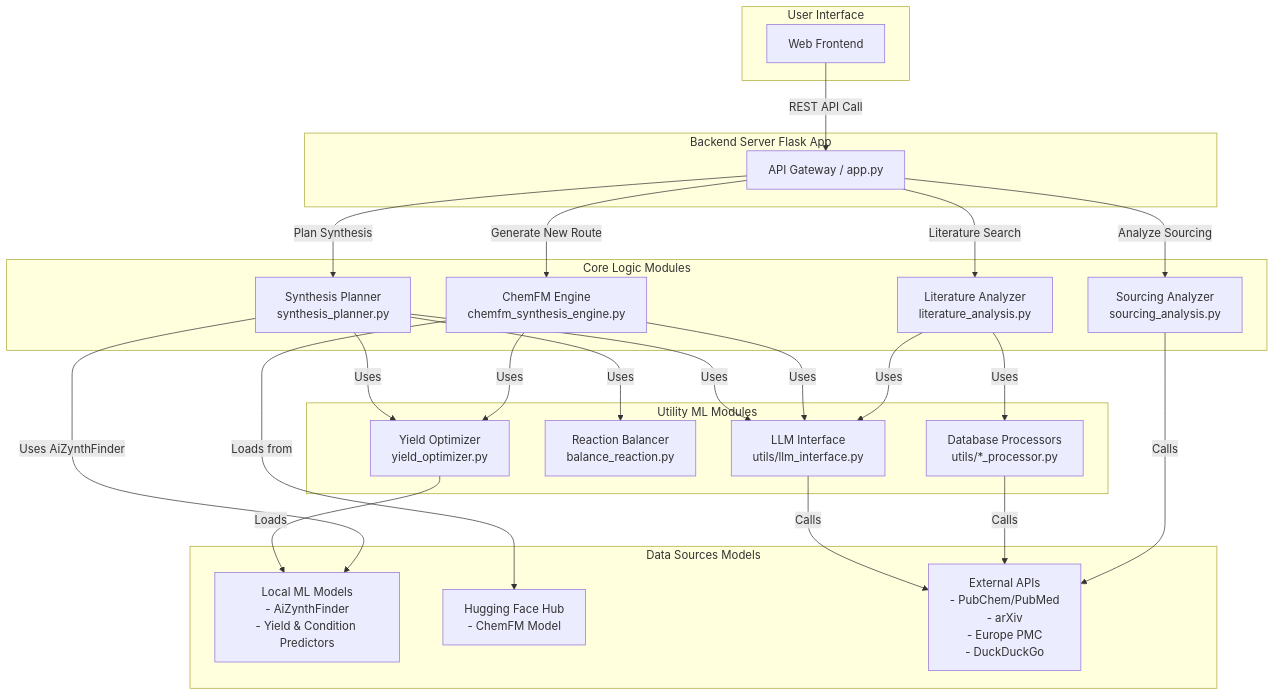
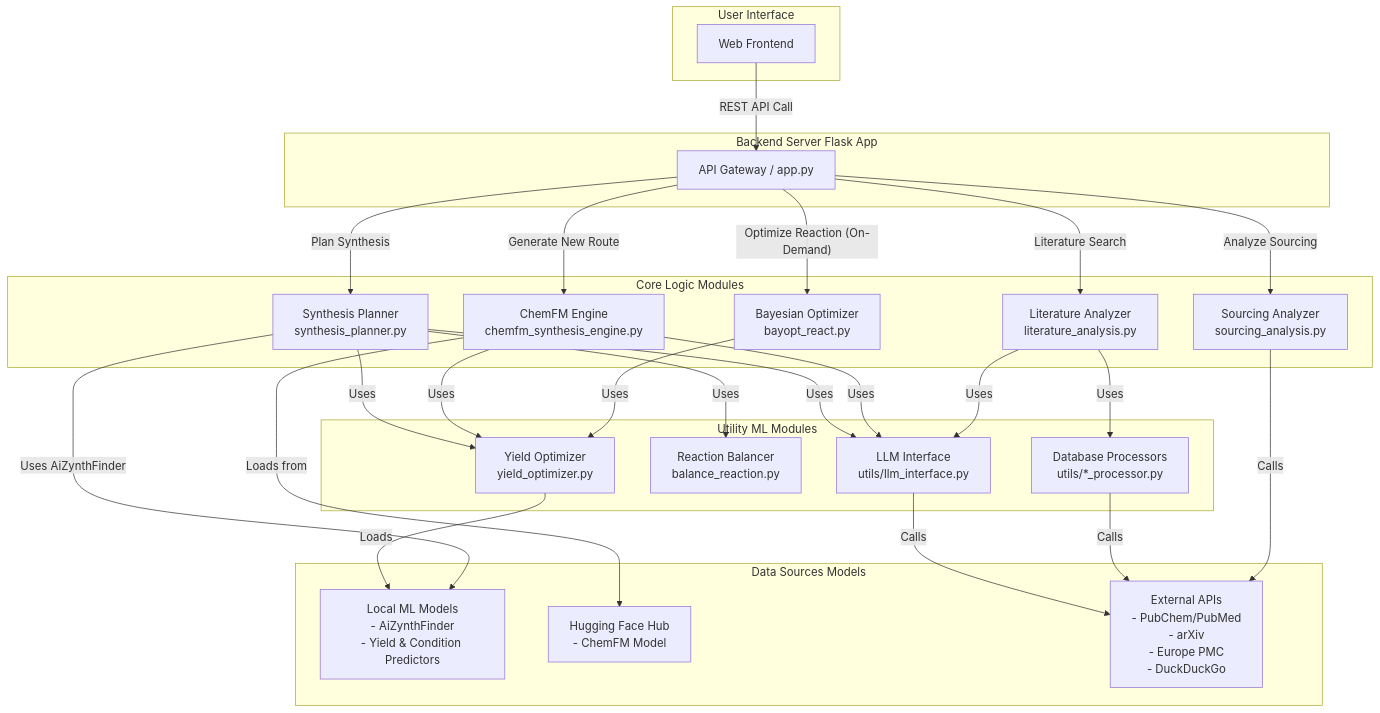
Before and after one commit to anushtup-nandy/Chemsynth: the diagram in README.md, drawn with Mermaid. The commit also changed other lines of this file and 1 other file, not shown here.

Commit message:
[UPDATE] added bayesian opt to chemfm synthesis and updated readme

````diff
--- a/README.md
+++ b/README.md
@@ -68,44 +69,47 @@
 ```mermaid
 graph TD
     subgraph User Interface
         A[Web Frontend]
     end
     subgraph Backend Server Flask App
         B[API Gateway / app.py]
     end
     subgraph Core Logic Modules
         C[Synthesis Planner<br/>synthesis_planner.py]
         D[ChemFM Engine<br/>chemfm_synthesis_engine.py]
         E[Literature Analyzer<br/>literature_analysis.py]
         F[Sourcing Analyzer<br/>sourcing_analysis.py]
+        BO[Bayesian Optimizer<br/>bayopt_react.py]
     end
     subgraph Utility ML Modules
         G[Yield Optimizer<br/>yield_optimizer.py]
         H[Reaction Balancer<br/>balance_reaction.py]
         I[LLM Interface<br/>utils/llm_interface.py]
         J[Database Processors<br/>utils/*_processor.py]
     end
     subgraph Data Sources Models
         K[Local ML Models<br/>- AiZynthFinder<br/>- Yield & Condition Predictors]
         L[Hugging Face Hub<br/>- ChemFM Model]
         M[External APIs<br/>- PubChem/PubMed<br/>- arXiv<br/>- Europe PMC<br/>- DuckDuckGo]
     end
     A -- REST API Call --> B
     B -- Plan Synthesis --> C
     B -- Generate New Route --> D
     B -- Literature Search --> E
     B -- Analyze Sourcing --> F
+    B -- Optimize Reaction (On-Demand) --> BO
     C -- Uses --> G
     C -- Uses --> H
     C -- Uses --> I
     D -- Uses --> G
     D -- Uses --> I
     E -- Uses --> J
     E -- Uses --> I
+    BO -- Uses --> G
     G -- Loads --> K
     C -- Uses AiZynthFinder --> K
     D -- Loads from --> L
     I -- Calls --> M
     J -- Calls --> M
     F -- Calls --> M
 ```
````
